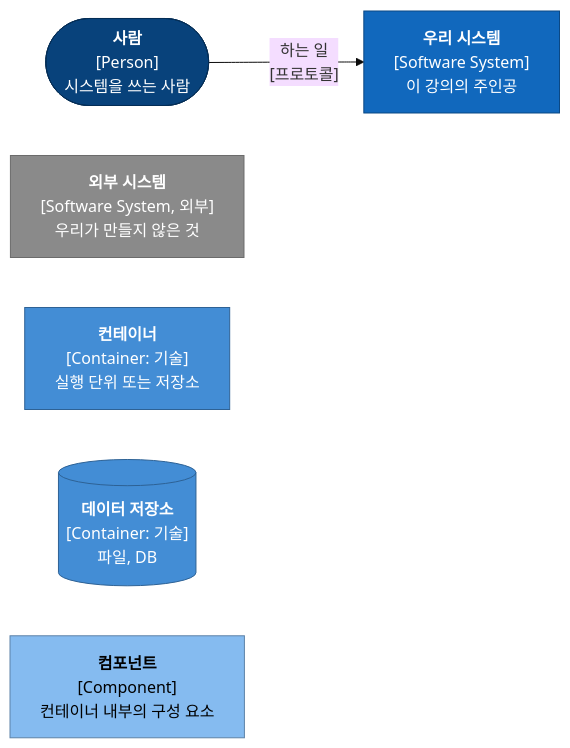
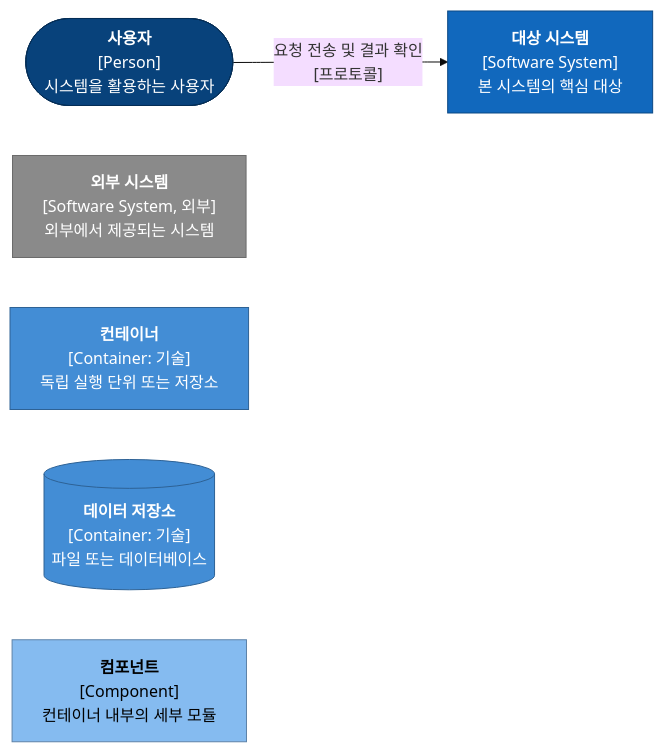
Before and after one commit to HaJaehee/MultiAgentDebateAndOrchestrationPlatform: the diagram in lectures/03-architecture/README.md, drawn with Mermaid (base theme). The commit also changed other lines of this file and 39 other files, not shown here.

````diff
--- a/lectures/03-architecture/README.md
+++ b/lectures/03-architecture/README.md
@@ -56,21 +43,21 @@
 ```mermaid
 flowchart LR
-    p(["<b>사람</b><br/>[Person]<br/>시스템을 쓰는 사람"])
-    s["<b>우리 시스템</b><br/>[Software System]<br/>이 강의의 주인공"]
-    x["<b>외부 시스템</b><br/>[Software System, 외부]<br/>우리가 만들지 않은 것"]
-    c["<b>컨테이너</b><br/>[Container: 기술]<br/>실행 단위 또는 저장소"]
-    d[("<b>데이터 저장소</b><br/>[Container: 기술]<br/>파일, DB")]
-    k["<b>컴포넌트</b><br/>[Component]<br/>컨테이너 내부의 구성 요소"]
-    p -->|"하는 일<br/>[프로토콜]"| s
+    p(["<b>사용자</b><br/>[Person]<br/>시스템을 활용하는 사용자"])
+    s["<b>대상 시스템</b><br/>[Software System]<br/>본 시스템의 핵심 대상"]
+    x["<b>외부 시스템</b><br/>[Software System, 외부]<br/>외부에서 제공되는 시스템"]
+    c["<b>컨테이너</b><br/>[Container: 기술]<br/>독립 실행 단위 또는 저장소"]
+    d[("<b>데이터 저장소</b><br/>[Container: 기술]<br/>파일 또는 데이터베이스")]
+    k["<b>컴포넌트</b><br/>[Component]<br/>컨테이너 내부의 세부 모듈"]
+    p -->|"요청 전송 및 결과 확인<br/>[프로토콜]"| s
 
     classDef person fill:#08427b,stroke:#052e56,color:#ffffff
     classDef system fill:#1168bd,stroke:#0b4884,color:#ffffff
     classDef external fill:#8a8a8a,stroke:#6b6b6b,color:#ffffff
     classDef container fill:#438dd5,stroke:#2e6295,color:#ffffff
     classDef component fill:#85bbf0,stroke:#5d82a8,color:#000000
     class p person
     class s system
     class x external
     class c,d container
     class k component
 ```
````
